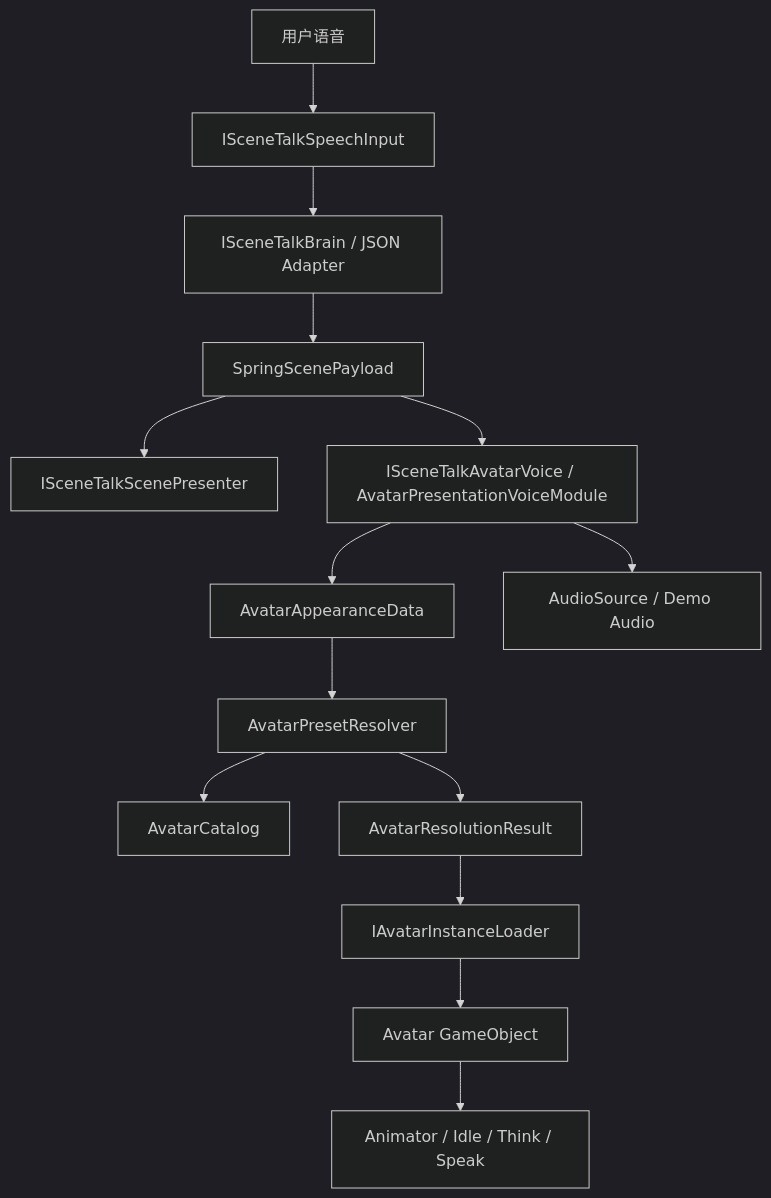
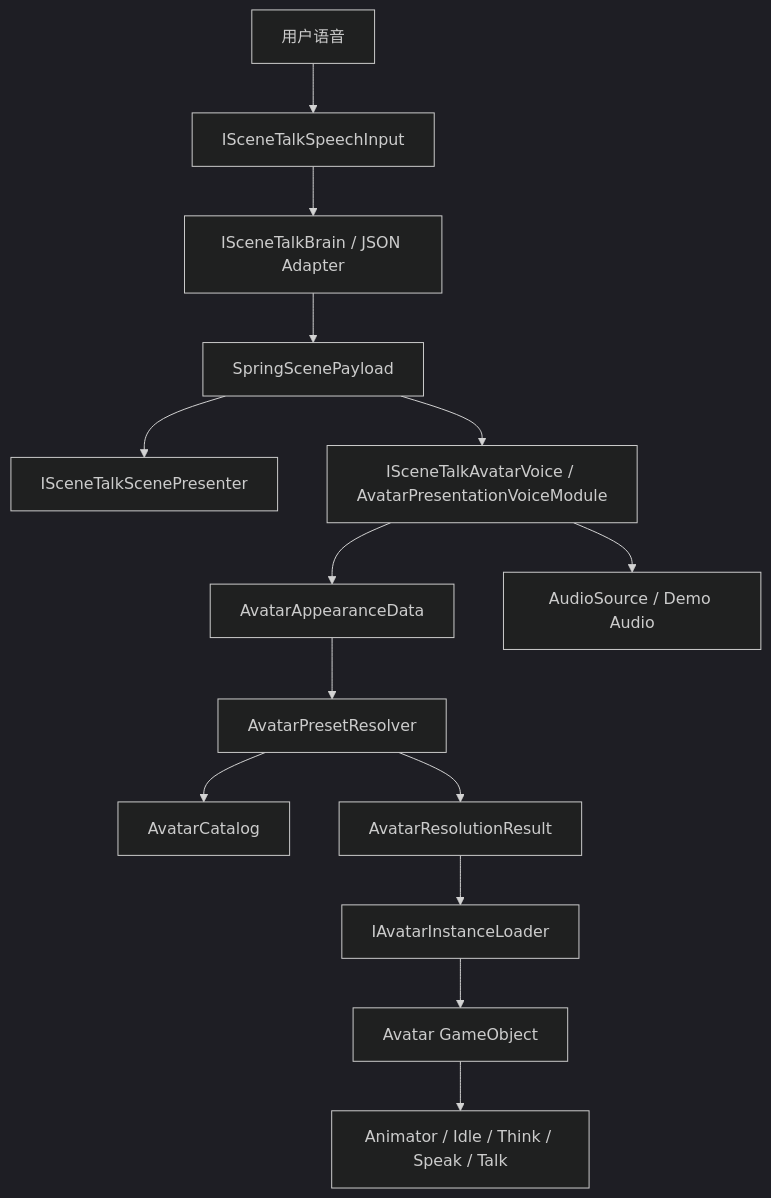
Before and after one commit to VitorJZ/SceneTalkVR: the diagram in documents/avatar-module-technical-plan.md, drawn with Mermaid (dark theme). The commit also changed other lines of this file and 23 other files, not shown here.

````diff
--- a/documents/avatar-module-technical-plan.md
+++ b/documents/avatar-module-technical-plan.md
@@ -521,17 +533,17 @@
 ```mermaid
 flowchart TD
     UserSpeech["用户语音"] --> SpeechInput["ISceneTalkSpeechInput"]
     SpeechInput --> Brain["ISceneTalkBrain / JSON Adapter"]
     Brain --> Payload["SpringScenePayload"]
     Payload --> ScenePresenter["ISceneTalkScenePresenter"]
     Payload --> AvatarModule["ISceneTalkAvatarVoice / AvatarPresentationVoiceModule"]
 
     AvatarModule --> Appearance["AvatarAppearanceData"]
     Appearance --> Resolver["AvatarPresetResolver"]
     Resolver --> Catalog["AvatarCatalog"]
     Resolver --> Resolution["AvatarResolutionResult"]
     Resolution --> Loader["IAvatarInstanceLoader"]
     Loader --> AvatarGO["Avatar GameObject"]
-    AvatarGO --> Animator["Animator / Idle / Think / Speak"]
+    AvatarGO --> Animator["Animator / Idle / Think / Speak / Talk"]
     AvatarModule --> Audio["AudioSource / Demo Audio"]
 ```
````
